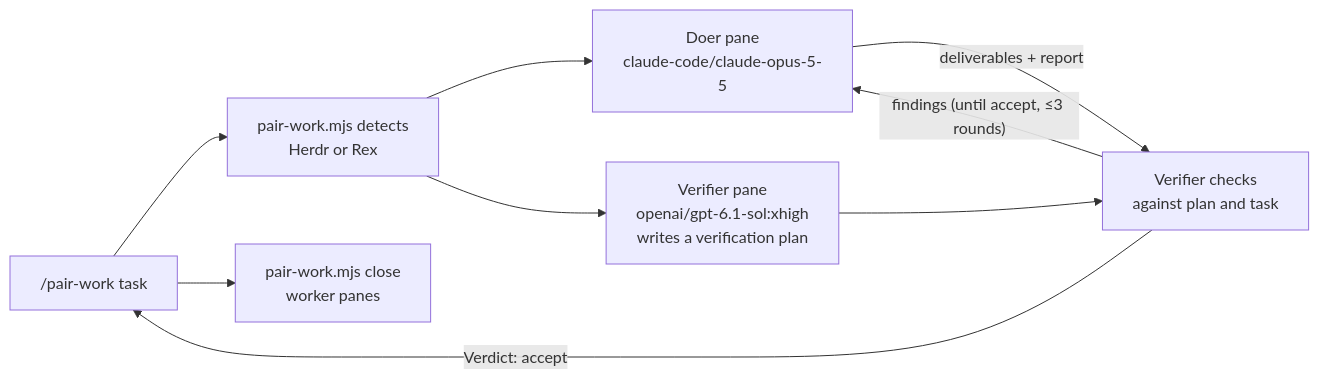
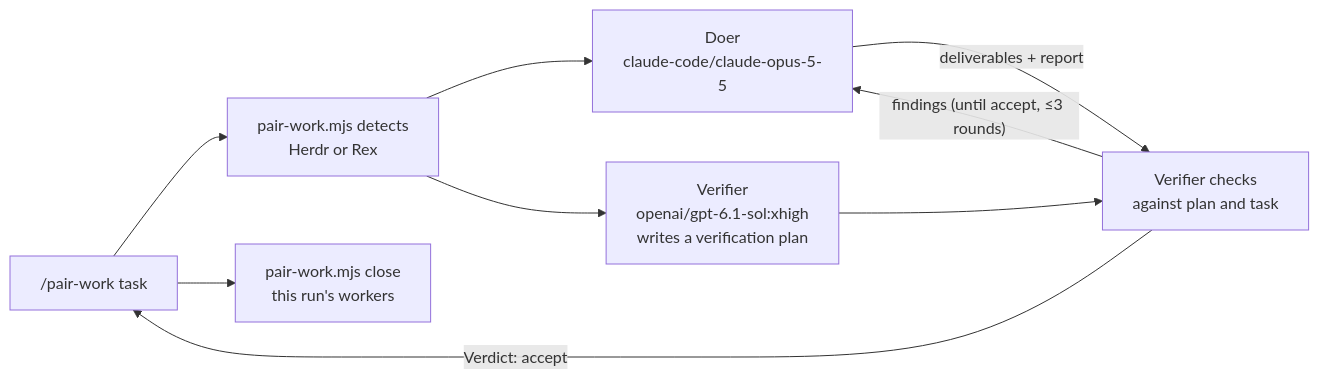
Before and after one commit to ulvestuen/pi-kit: the diagram in skills/pair-work/SKILL.md, drawn with Mermaid. The commit also changed other lines of this file and 13 other files, not shown here.

First line of the commit message:
Support Herdr over SSH in pair, pair-review, and pair-work

````diff
--- a/skills/pair-work/SKILL.md
+++ b/skills/pair-work/SKILL.md
@@ -8,11 +8,11 @@
 ```mermaid
 flowchart LR
     you["/pair-work task"] --> detect["pair-work.mjs detects<br/>Herdr or Rex"]
-    detect --> doer["Doer pane<br/>claude-code/claude-opus-5-5"]
-    detect --> plan["Verifier pane<br/>openai/gpt-6.1-sol:xhigh<br/>writes a verification plan"]
+    detect --> doer["Doer<br/>claude-code/claude-opus-5-5"]
+    detect --> plan["Verifier<br/>openai/gpt-6.1-sol:xhigh<br/>writes a verification plan"]
     doer -- "deliverables + report" --> verify["Verifier checks<br/>against plan and task"]
     plan --> verify
     verify -- "findings (until accept, ≤3 rounds)" --> doer
     verify -- "Verdict: accept" --> you
-    you --> close["pair-work.mjs close<br/>worker panes"]
+    you --> close["pair-work.mjs close<br/>this run's workers"]
 ```
````
